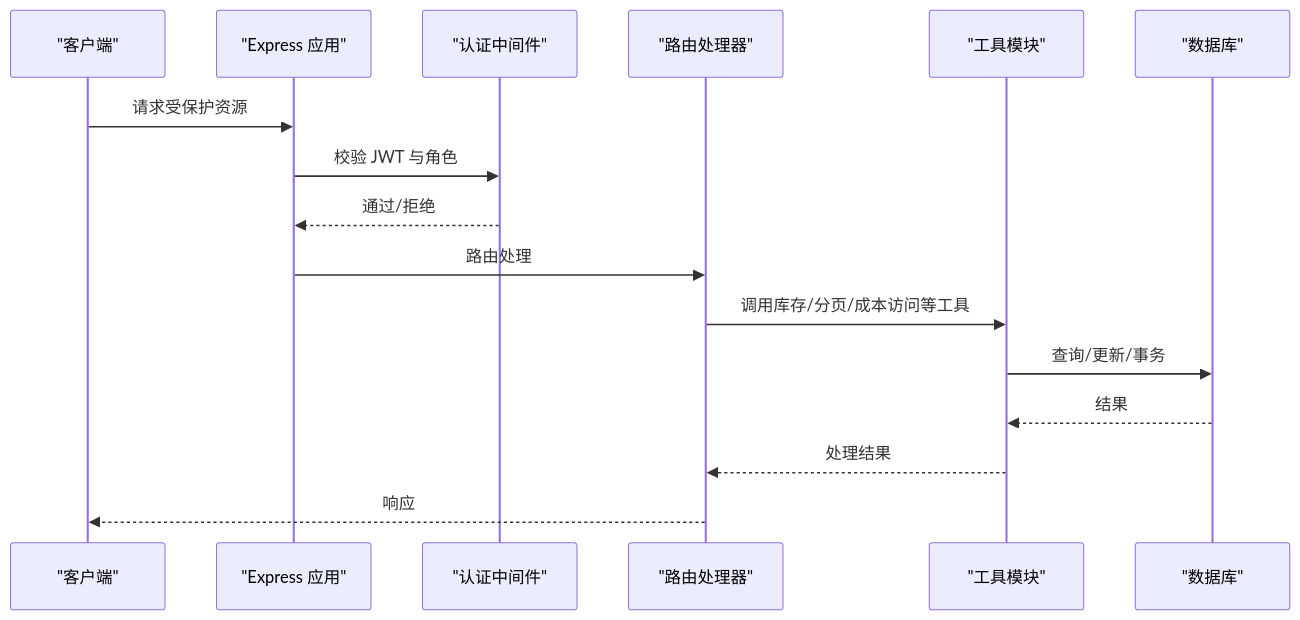
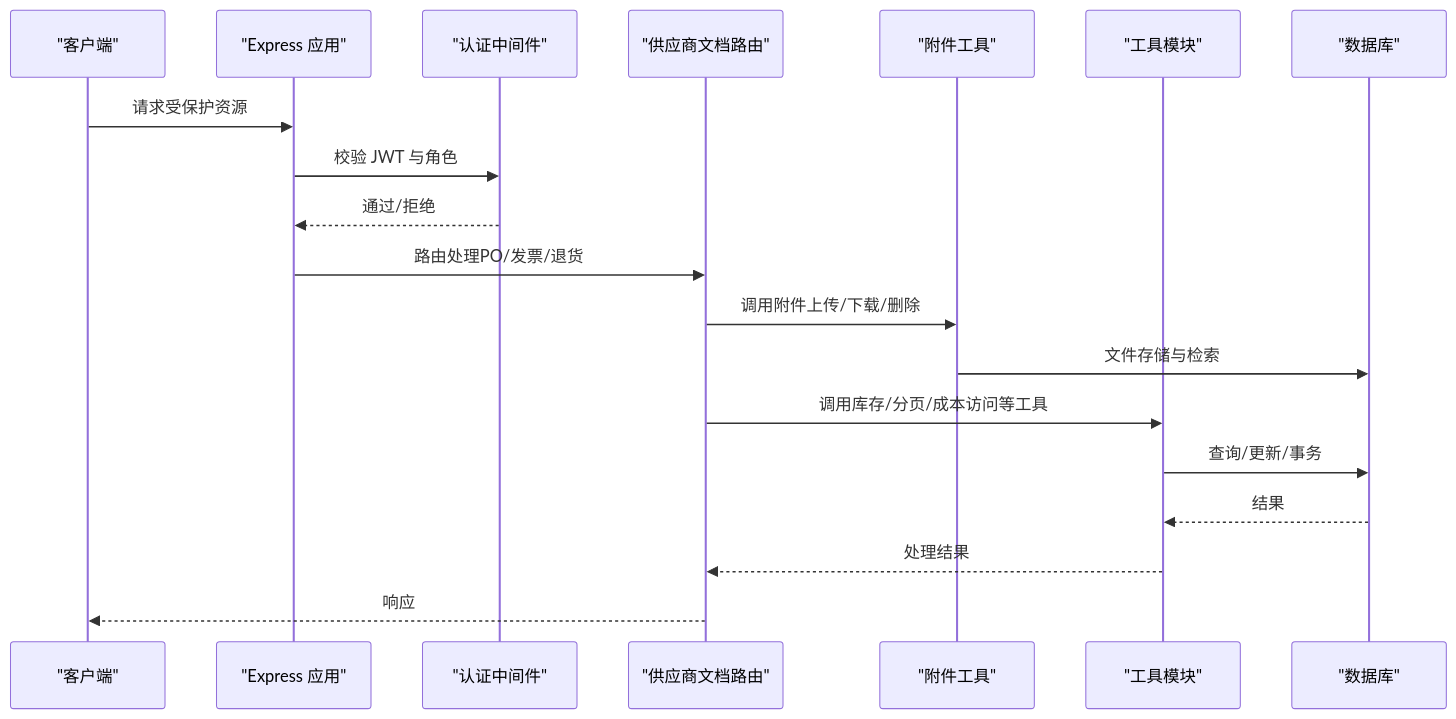
The second of 10 diagrams in .qoder/repowiki/zh/content/核心功能模块/核心功能模块.md (Juny09/inventory_system), drawn with Mermaid before and after one commit. The commit also changed other lines of this file and 53 other files, not shown here.

````diff
--- a/.qoder/repowiki/zh/content/核心功能模块/核心功能模块.md
+++ b/.qoder/repowiki/zh/content/核心功能模块/核心功能模块.md
@@ -94,18 +121,21 @@
 ```mermaid
 sequenceDiagram
 participant C as "客户端"
 participant S as "Express 应用"
 participant M as "认证中间件"
-participant R as "路由处理器"
+participant R as "供应商文档路由"
+participant A as "附件工具"
 participant U as "工具模块"
 participant D as "数据库"
 C->>S : 请求受保护资源
 S->>M : 校验 JWT 与角色
 M-->>S : 通过/拒绝
-S->>R : 路由处理
+S->>R : 路由处理PO/发票/退货
+R->>A : 调用附件上传/下载/删除
+A->>D : 文件存储与检索
 R->>U : 调用库存/分页/成本访问等工具
 U->>D : 查询/更新/事务
 D-->>U : 结果
 U-->>R : 处理结果
 R-->>C : 响应
 ```
````
